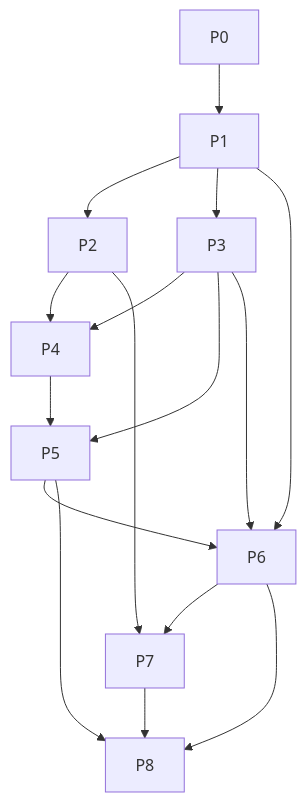
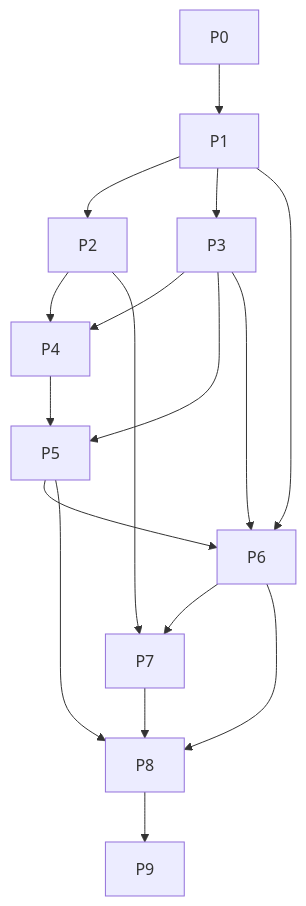
Before and after one commit to yeonsu0224/lol-team-gab: the diagram in documents/tasks.md, drawn with Mermaid. The commit also changed other lines of this file and 122 other files, not shown here.

````diff
--- a/documents/tasks.md
+++ b/documents/tasks.md
@@ -1165,18 +1223,19 @@
 ```mermaid
 flowchart TD
   P0 --> P1
   P1 --> P2
   P1 --> P3
   P2 --> P4
   P3 --> P4
   P3 --> P5
   P4 --> P5
   P1 --> P6
   P3 --> P6
   P5 --> P6
   P2 --> P7
   P6 --> P7
   P5 --> P8
   P6 --> P8
   P7 --> P8
+  P8 --> P9
 ```
````
